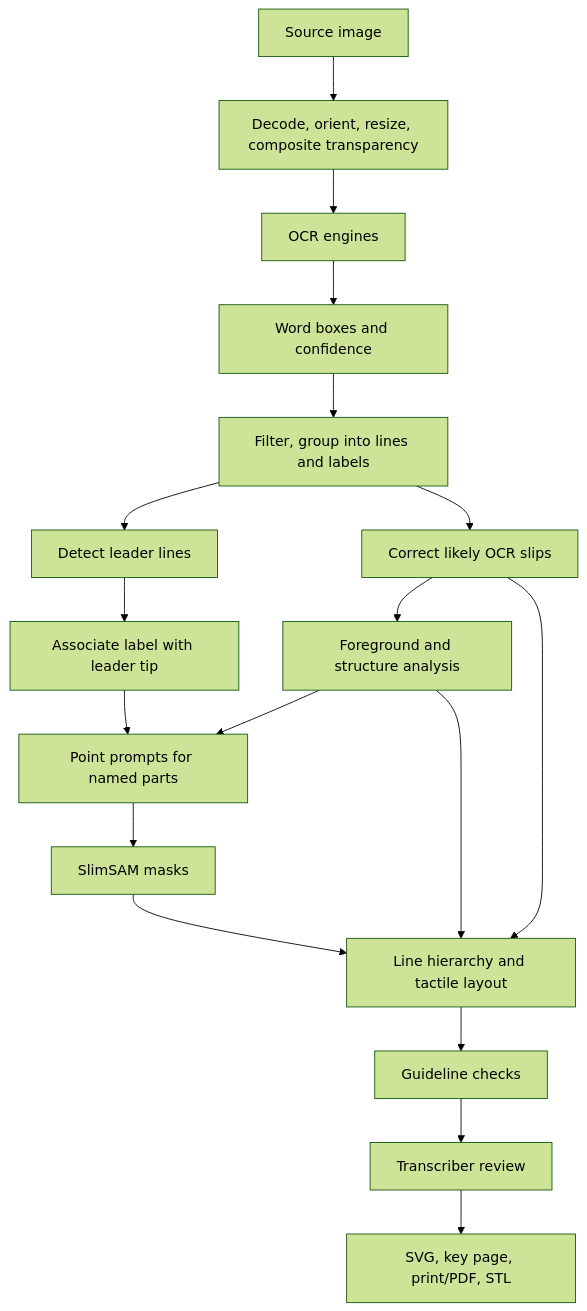
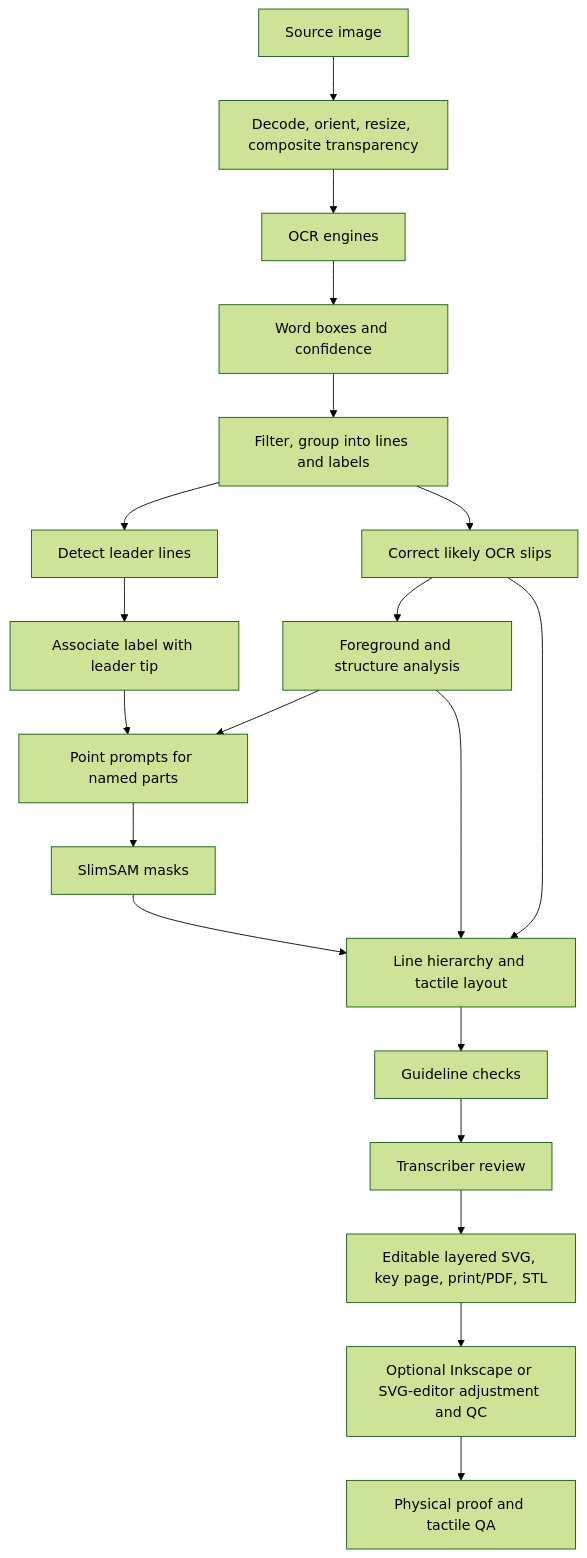
One commit to mrhunsaker/TactiDiagram changed the diagram in docs/architecture.md. Above: the diagram before and after it, drawn with Mermaid (forest theme).

Commit message:
Extend architecture diagram through manual SVG QC and proof

````diff
--- a/docs/architecture.md
+++ b/docs/architecture.md
@@ -26,20 +26,22 @@
 ```mermaid
 flowchart TD
   A[Source image] --> B[Decode, orient, resize, composite transparency]
   B --> C[OCR engines]
   C --> D[Word boxes and confidence]
   D --> E[Filter, group into lines and labels]
   E --> F[Correct likely OCR slips]
   E --> G[Detect leader lines]
   G --> H[Associate label with leader tip]
   F --> I[Foreground and structure analysis]
   H --> J[Point prompts for named parts]
   I --> J
   J --> K[SlimSAM masks]
   K --> L[Line hierarchy and tactile layout]
   I --> L
   F --> L
   L --> M[Guideline checks]
   M --> N[Transcriber review]
-  N --> O[SVG, key page, print/PDF, STL]
+  N --> O[Editable layered SVG, key page, print/PDF, STL]
+  O --> P[Optional Inkscape or SVG-editor adjustment and QC]
+  P --> Q[Physical proof and tactile QA]
 ```
````
